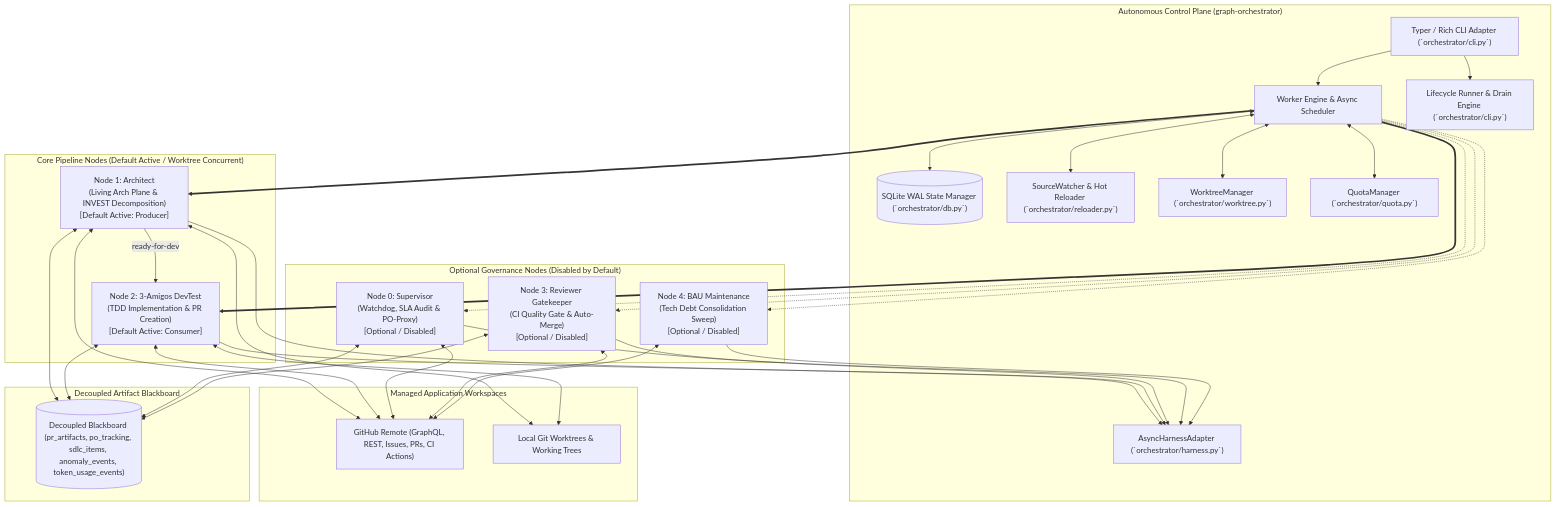
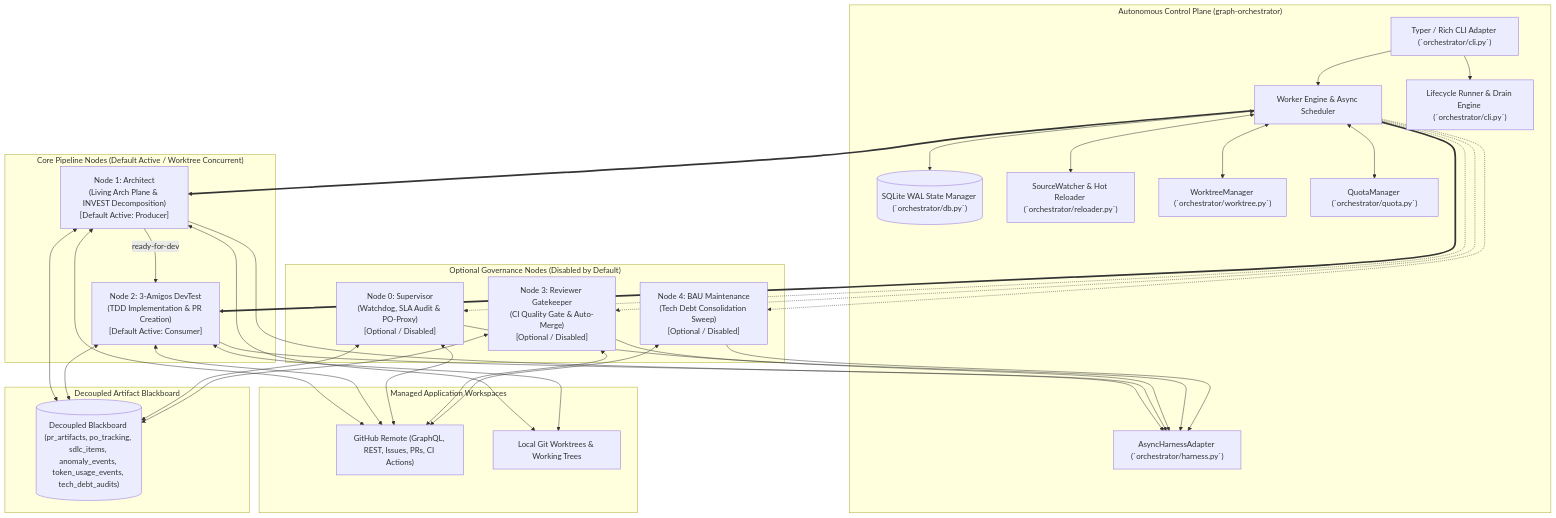
The first of 5 diagrams in .graph/architecture.md (AntaresAndBharani/graph-engineering), drawn with Mermaid before and after one commit. The commit also changed other lines of this file and 3 other files, not shown here.

Commit message:
feat(db): SQLite blackboard schema and helper methods for tech debt audits (Closes #175) (#180)

````diff
--- a/.graph/architecture.md
+++ b/.graph/architecture.md
@@ -19,47 +19,47 @@
 ```mermaid
 flowchart TD
     subgraph Control Plane ["Autonomous Control Plane (graph-orchestrator)"]
         CLI["Typer / Rich CLI Adapter (`orchestrator/cli.py`)"]
         Core["Worker Engine & Async Scheduler"]
         State[("SQLite WAL State Manager (`orchestrator/db.py`)")]
         Reloader["SourceWatcher & Hot Reloader (`orchestrator/reloader.py`)"]
         Adapter["AsyncHarnessAdapter (`orchestrator/harness.py`)"]
         WorktreeMgr["WorktreeManager (`orchestrator/worktree.py`)"]
         QuotaMgr["QuotaManager (`orchestrator/quota.py`)"]
         LifecycleMgr["Lifecycle Runner & Drain Engine (`orchestrator/cli.py`)"]
     end
 
     subgraph Default 2-Node Parallel Engine ["Core Pipeline Nodes (Default Active / Worktree Concurrent)"]
         N1["Node 1: Architect\n(Living Arch Plane & INVEST Decomposition)\n[Default Active: Producer]"]
         N2["Node 2: 3-Amigos DevTest\n(TDD Implementation & PR Creation)\n[Default Active: Consumer]"]
         N1 -->|ready-for-dev| N2
     end
 
     subgraph Optional Governance Nodes ["Optional Governance Nodes (Disabled by Default)"]
         N0["Node 0: Supervisor\n(Watchdog, SLA Audit & PO-Proxy)\n[Optional / Disabled]"]
         N3["Node 3: Reviewer Gatekeeper\n(CI Quality Gate & Auto-Merge)\n[Optional / Disabled]"]
         N4["Node 4: BAU Maintenance\n(Tech Debt Consolidation Sweep)\n[Optional / Disabled]"]
     end
 
     subgraph Blackboard Layer ["Decoupled Artifact Blackboard"]
-        BB[("Decoupled Blackboard (pr_artifacts, po_tracking, sdlc_items, anomaly_events, token_usage_events)")]
+        BB[("Decoupled Blackboard (pr_artifacts, po_tracking, sdlc_items, anomaly_events, token_usage_events, tech_debt_audits)")]
     end
 
     subgraph Managed Target Repositories ["Managed Application Workspaces"]
         GH["GitHub Remote (GraphQL, REST, Issues, PRs, CI Actions)"]
         LocalGit["Local Git Worktrees & Working Trees"]
     end
 
     CLI --> Core
     CLI --> LifecycleMgr
     Core <--> State
     Core <--> Reloader
     Core <--> WorktreeMgr
     Core <--> QuotaMgr
     Core ==> N1 & N2
     Core -.-> N0 & N3 & N4
     N1 & N2 & N0 & N3 & N4 --> Adapter
     N1 & N2 & N0 & N3 & N4 <--> GH
     N1 & N2 & N0 & N3 <--> BB
     N1 & N2 <--> LocalGit
 ```
````
